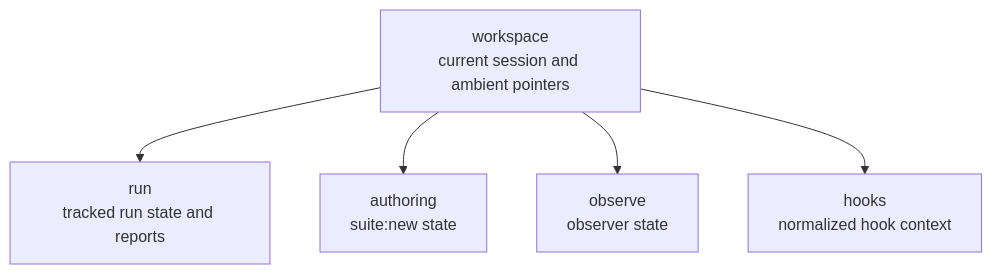
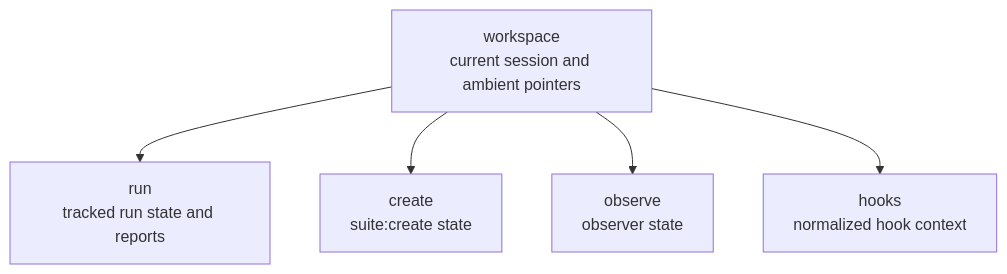
One commit to smykla-skalski/harness changed the third of 3 diagrams in ARCHITECTURE.md. Above: the diagram before and after it, drawn with Mermaid. The commit also changed other lines of this file and 150 other files, not shown here.

````diff
--- a/ARCHITECTURE.md
+++ b/ARCHITECTURE.md
@@ -117,13 +117,13 @@
 ```mermaid
 flowchart TD
     Workspace["workspace\ncurrent session and ambient pointers"]
     Run["run\ntracked run state and reports"]
-    Authoring["authoring\nsuite:new state"]
+    Create["create\nsuite:create state"]
     Observe["observe\nobserver state"]
     Hooks["hooks\nnormalized hook context"]
 
     Workspace --> Run
-    Workspace --> Authoring
+    Workspace --> Create
     Workspace --> Observe
     Workspace --> Hooks
 ```
````
